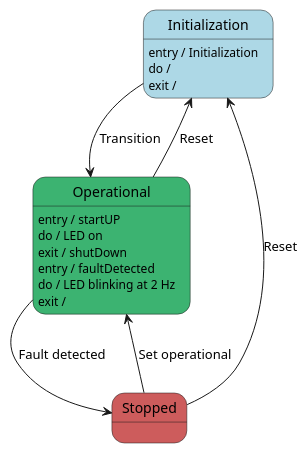
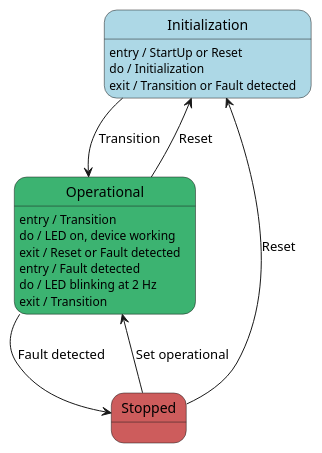
Before and after one commit to pall23-mech/EmbeddedSysGr1: the diagram in DynamicController/docs/diagrams/src/state_part2.puml, drawn with PlantUML. The commit also changed 1 other file, not shown here.

Commit message:
Adding more changes to the state diagrams for p1 and p2

```diff
--- a/DynamicController/docs/diagrams/src/state_part2.puml
+++ b/DynamicController/docs/diagrams/src/state_part2.puml
@@ -1,27 +1,27 @@
 @startuml State 2
 
 state "Initialization" as I #LightBlue
-I : entry / Initialization
-I : do / 
-I : exit / 
+I : entry / StartUp or Reset
+I : do / Initialization
+I : exit / Transition or Fault detected
 
 state "Operational" as O #MediumSeaGreen
-O : entry / startUP
-O : do / LED on
-O : exit / shutDown
+O : entry / Transition
+O : do / LED on, device working
+O : exit / Reset or Fault detected
 
 state "Stopped" as S #IndianRed
-O : entry / faultDetected
+O : entry / Fault detected
 O : do / LED blinking at 2 Hz
-O : exit /
+O : exit / Transition
 
 
 O --> I : Reset
 O --> S : Fault detected
 
 I --> O : Transition
 
 S --> O : Set operational
 S --> I : Reset
 
 @enduml
```
